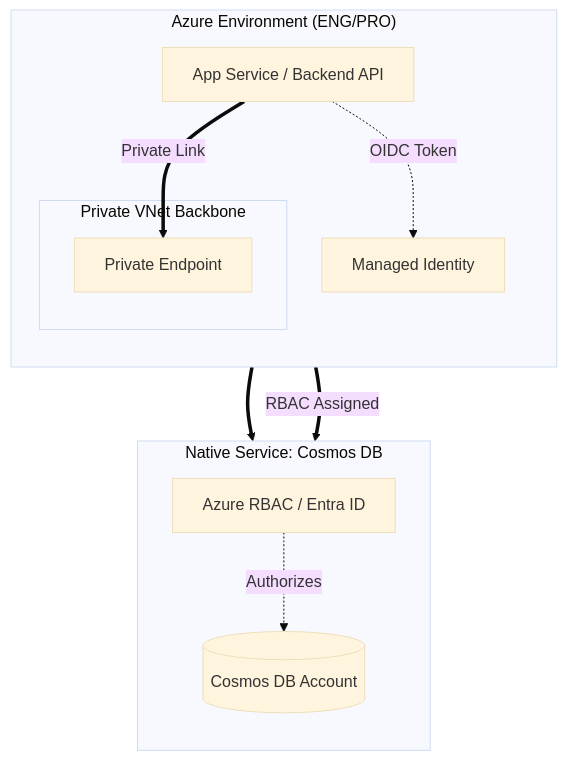
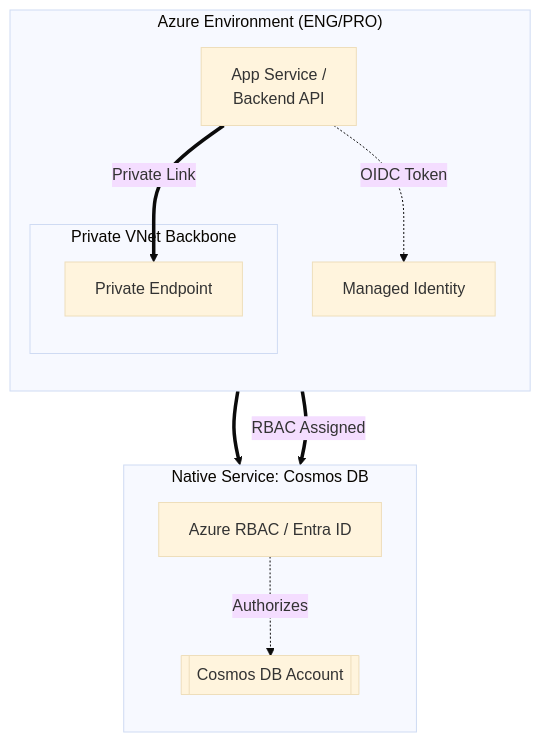
The fourth of 4 diagrams in docs/341-DATABASE_ARCHITECTURE_AND_PERSISTENCE_STRATEGY.md (nubenetes/terraform-azure-devops-agentic), drawn with Mermaid (base theme) before and after one commit. The commit also changed other lines of this file and 23 other files, not shown here.

Commit message:
docs: establish automated Mermaid validator and eliminate text clipping repo-wide

````diff
--- a/docs/341-DATABASE_ARCHITECTURE_AND_PERSISTENCE_STRATEGY.md
+++ b/docs/341-DATABASE_ARCHITECTURE_AND_PERSISTENCE_STRATEGY.md
@@ -159,22 +159,22 @@
 ```mermaid
 graph TD
     subgraph Azure_Subscription_Native ["Azure Environment (ENG/PRO)"]
         direction TB
-        App_N["App Service / Backend API"]
+        App_N["App Service /<br/>Backend API"]
         PE["Private Endpoint"]
         MSI["Managed Identity"]
         subgraph VNet_Backbone ["Private VNet Backbone"]
             PE
         end
         App_N ==> |Private Link|PE
         App_N -.->|OIDC Token| MSI
     end
     subgraph Cosmos_Service ["Native Service: Cosmos DB"]
         direction TB
-        C_DB[("Cosmos DB Account")]
+        C_DB[["Cosmos DB Account"]]
         RBAC["Azure RBAC / Entra ID"]
         PE ==> C_DB
         MSI ==> |RBAC Assigned|RBAC
         RBAC -.->|Authorizes| C_DB
     end
 ```
````
